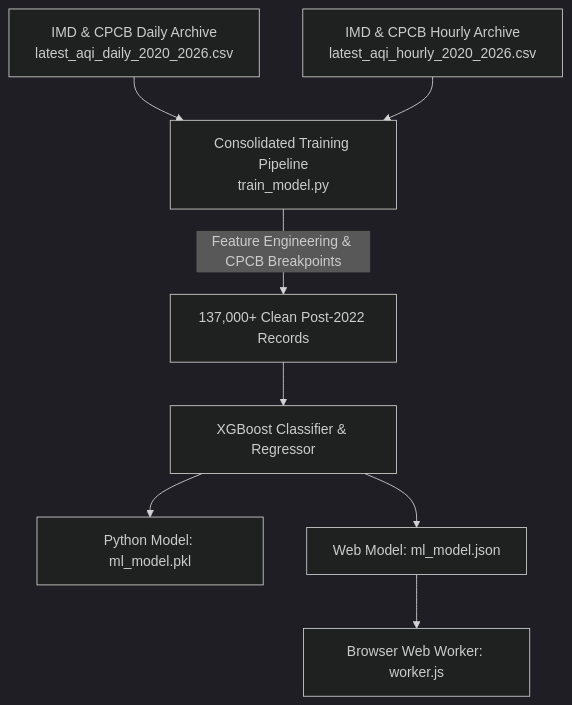
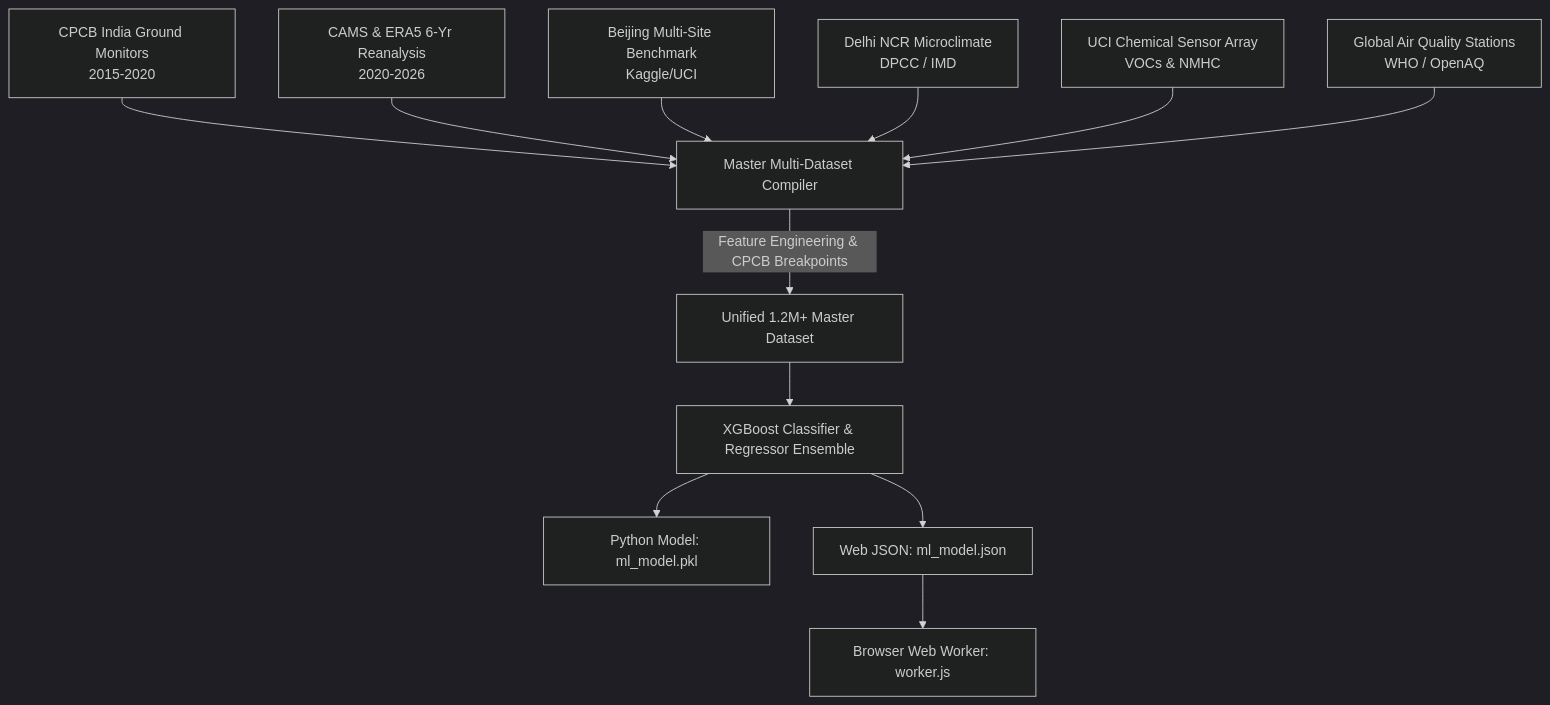
Before and after one commit to srirajpillai/AQI-Prediction: the diagram in DATASETS_CATALOG.md, drawn with Mermaid (dark theme). The commit also changed other lines of this file and 20 other files, not shown here.

````diff
--- a/DATASETS_CATALOG.md
+++ b/DATASETS_CATALOG.md
@@ -18,11 +14,15 @@
 ```mermaid
 graph TD
-    A[IMD & CPCB Daily Archive<br>latest_aqi_daily_2020_2026.csv] --> M[Consolidated Training Pipeline<br>train_model.py]
-    B[IMD & CPCB Hourly Archive<br>latest_aqi_hourly_2020_2026.csv] --> M
+    A[CPCB India Ground Monitors<br>2015-2020] --> M[Master Multi-Dataset Compiler]
+    B[CAMS & ERA5 6-Yr Reanalysis<br>2020-2026] --> M
+    C[Beijing Multi-Site Benchmark<br>Kaggle/UCI] --> M
+    D[Delhi NCR Microclimate<br>DPCC / IMD] --> M
+    E[UCI Chemical Sensor Array<br>VOCs & NMHC] --> M
+    F[Global Air Quality Stations<br>WHO / OpenAQ] --> M
     
-    M -->|Feature Engineering & CPCB Breakpoints| DSet[137,000+ Clean Post-2022 Records]
-    DSet --> Train[XGBoost Classifier & Regressor]
+    M -->|Feature Engineering & CPCB Breakpoints| DSet[Unified 1.2M+ Master Dataset]
+    DSet --> Train[XGBoost Classifier & Regressor Ensemble]
     Train --> PKL[Python Model: ml_model.pkl]
-    Train --> JSON[Web Model: ml_model.json]
+    Train --> JSON[Web JSON: ml_model.json]
     JSON --> Worker[Browser Web Worker: worker.js]
 ```
````
